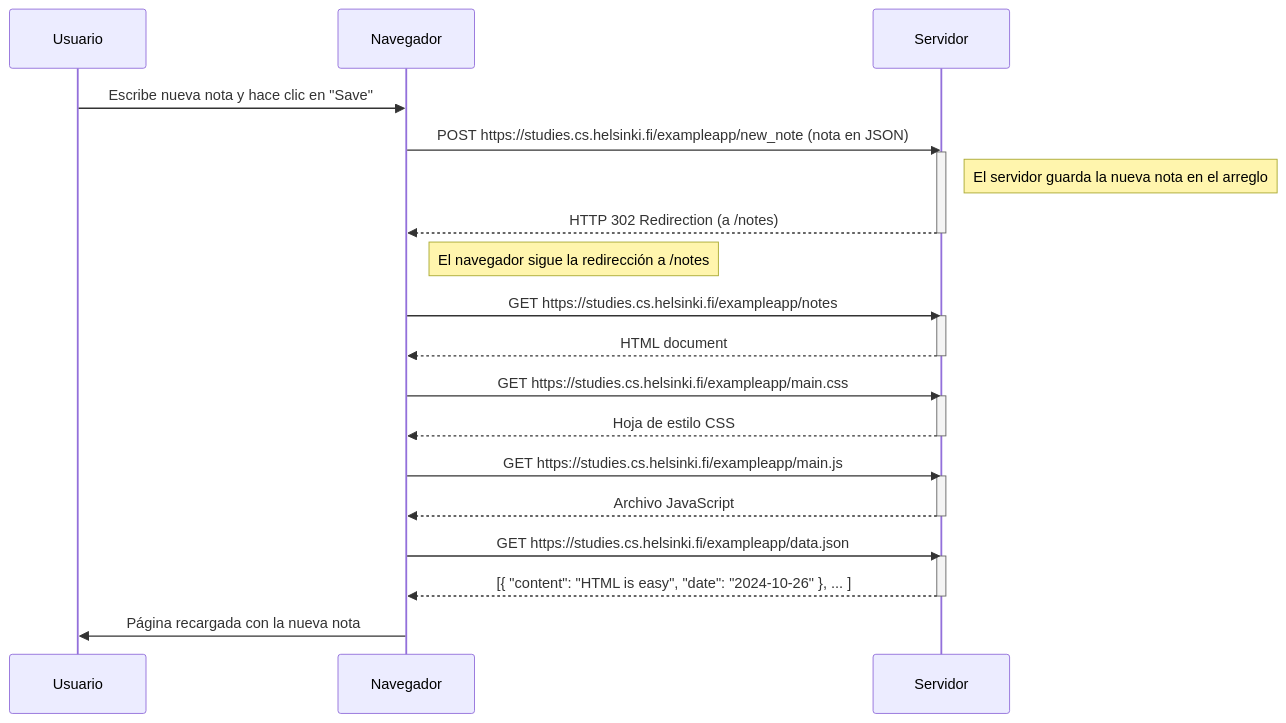
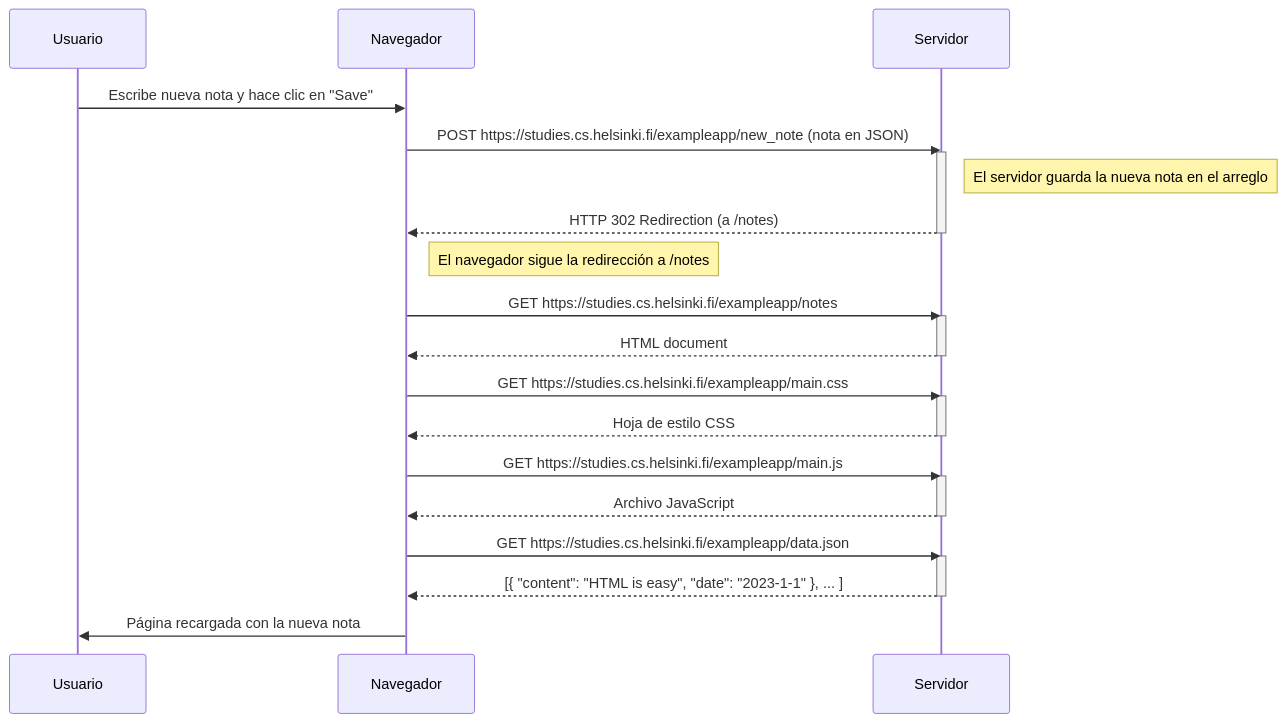
One commit to xing01/FullStackOpenYang changed the diagram in part0/NewNoteDiagram.md. Above: the diagram before and after it, drawn with Mermaid. The commit also changed 1 other file, not shown here.

Commit message:
Actualizando tarea segun datos del codigo de la orden en tareas

````diff
--- a/part0/NewNoteDiagram.md
+++ b/part0/NewNoteDiagram.md
@@ -3,42 +3,42 @@
 ```mermaid
 
 sequenceDiagram
 
     participant user as Usuario
     participant browser as Navegador
     participant server as Servidor
 
     user->>browser: Escribe nueva nota y hace clic en "Save"
     
     browser->>server: POST https://studies.cs.helsinki.fi/exampleapp/new_note (nota en JSON)
     activate server
     Note right of server: El servidor guarda la nueva nota en el arreglo
 
     server-->>browser: HTTP 302 Redirection (a /notes)
     deactivate server
 
     Note right of browser: El navegador sigue la redirección a /notes
     
     browser->>server: GET https://studies.cs.helsinki.fi/exampleapp/notes
     activate server
     server-->>browser: HTML document
     deactivate server
 
     browser->>server: GET https://studies.cs.helsinki.fi/exampleapp/main.css
     activate server
     server-->>browser: Hoja de estilo CSS
     deactivate server
 
     browser->>server: GET https://studies.cs.helsinki.fi/exampleapp/main.js
     activate server
     server-->>browser: Archivo JavaScript
     deactivate server
 
     browser->>server: GET https://studies.cs.helsinki.fi/exampleapp/data.json
     activate server
-    server-->>browser: [{ "content": "HTML is easy", "date": "2024-10-26" }, ... ]
+    server-->>browser: [{ "content": "HTML is easy", "date": "2023-1-1" }, ... ]
     deactivate server
 
     browser->>user: Página recargada con la nueva nota
 
 ```
````
